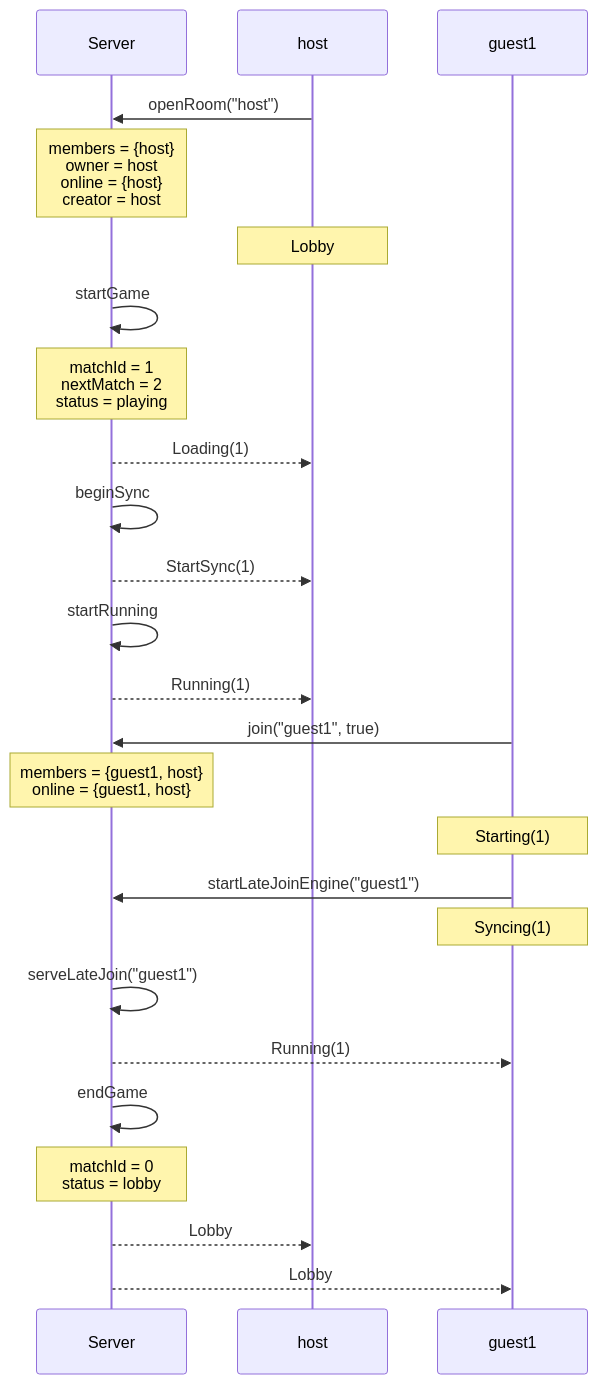
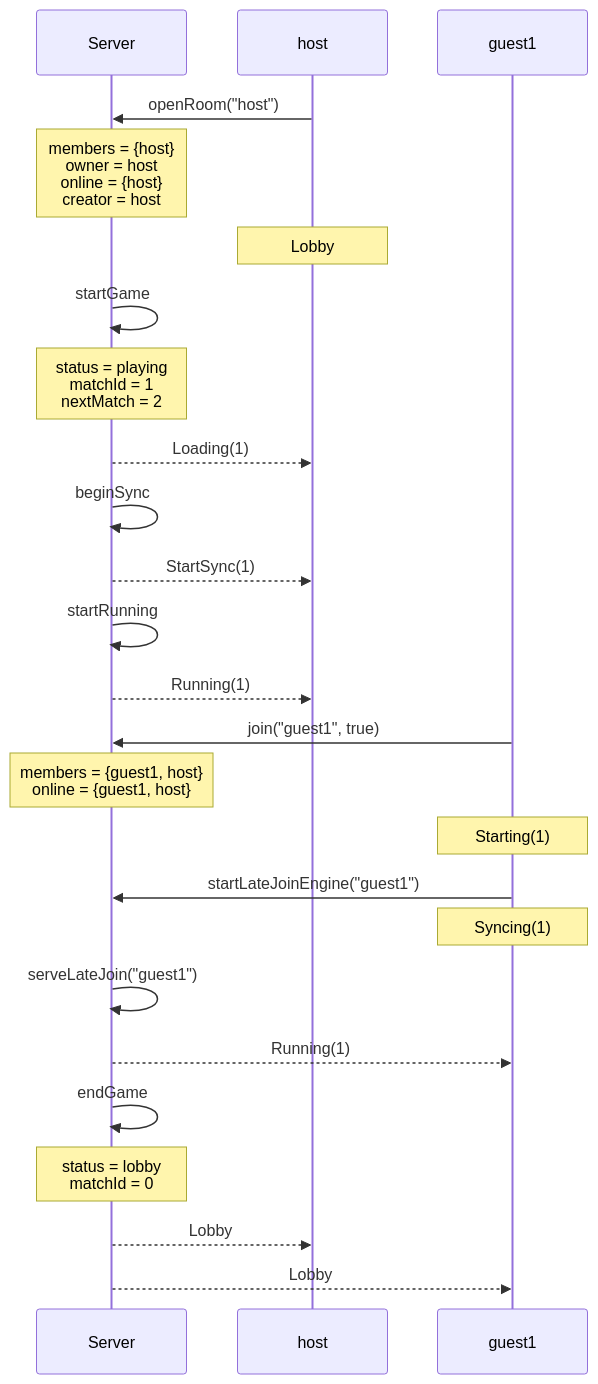
One commit to kwilson21/kaillera-next changed the seventh of 11 diagrams in docs/spec-traces.md. Above: the diagram before and after it, drawn with Mermaid. The commit also changed other lines of this file, not shown here.

````diff
--- a/docs/spec-traces.md
+++ b/docs/spec-traces.md
@@ -168,27 +201,27 @@
 ```mermaid
 sequenceDiagram
   participant Server
   participant host
   participant guest1
   host->>Server: openRoom("host")
   Note over Server: members = {host}<br/>owner = host<br/>online = {host}<br/>creator = host
   Note over host: Lobby
   Server->>Server: startGame
-  Note over Server: matchId = 1<br/>nextMatch = 2<br/>status = playing
+  Note over Server: status = playing<br/>matchId = 1<br/>nextMatch = 2
   Server-->>host: Loading(1)
   Server->>Server: beginSync
   Server-->>host: StartSync(1)
   Server->>Server: startRunning
   Server-->>host: Running(1)
   guest1->>Server: join("guest1", true)
   Note over Server: members = {guest1, host}<br/>online = {guest1, host}
   Note over guest1: Starting(1)
   guest1->>Server: startLateJoinEngine("guest1")
   Note over guest1: Syncing(1)
   Server->>Server: serveLateJoin("guest1")
   Server-->>guest1: Running(1)
   Server->>Server: endGame
-  Note over Server: matchId = 0<br/>status = lobby
+  Note over Server: status = lobby<br/>matchId = 0
   Server-->>host: Lobby
   Server-->>guest1: Lobby
 ```
````
